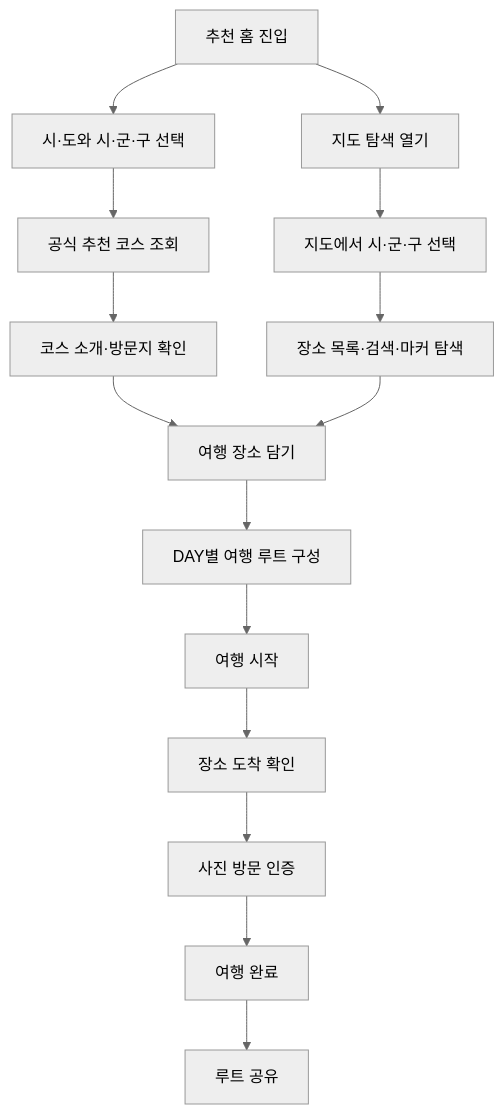
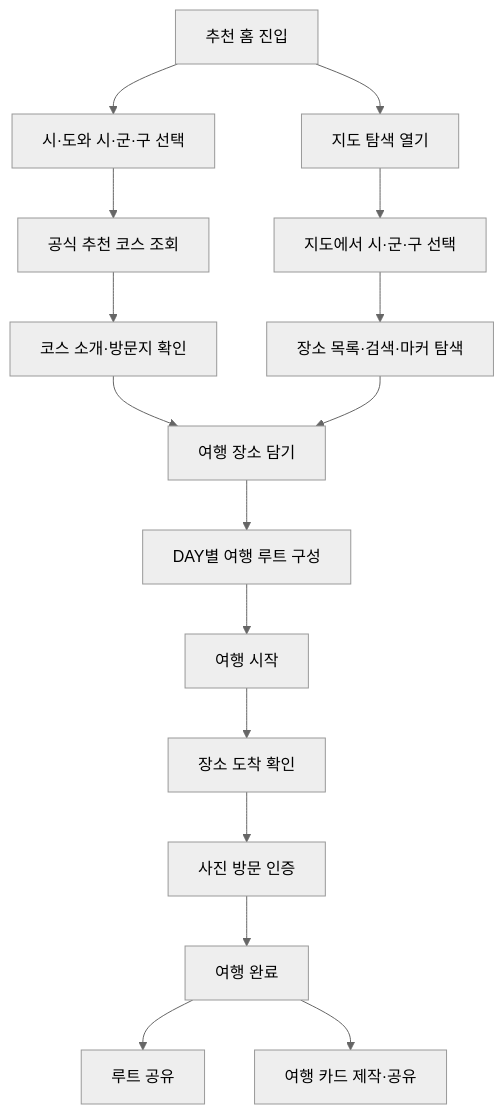
Before and after one commit to MyeongwuKim/routeone: the second of 2 diagrams in README.md, drawn with Mermaid (neutral theme). The commit also changed other lines of this file, not shown here.

````diff
--- a/README.md
+++ b/README.md
@@ -92,17 +93,18 @@
 ```mermaid
 flowchart TD
     Open[추천 홈 진입] --> Region[시·도와 시·군·구 선택]
     Region --> Course[공식 추천 코스 조회]
     Course --> Detail[코스 소개·방문지 확인]
     Detail --> Cart[여행 장소 담기]
     Open --> Map[지도 탐색 열기]
     Map --> Tap[지도에서 시·군·구 선택]
     Tap --> Places[장소 목록·검색·마커 탐색]
     Places --> Cart
     Cart --> Plan[DAY별 여행 루트 구성]
     Plan --> Start[여행 시작]
     Start --> Arrival[장소 도착 확인]
     Arrival --> Verify[사진 방문 인증]
     Verify --> Complete[여행 완료]
     Complete --> Share[루트 공유]
+    Complete --> TravelCard[여행 카드 제작·공유]
 ```
````
